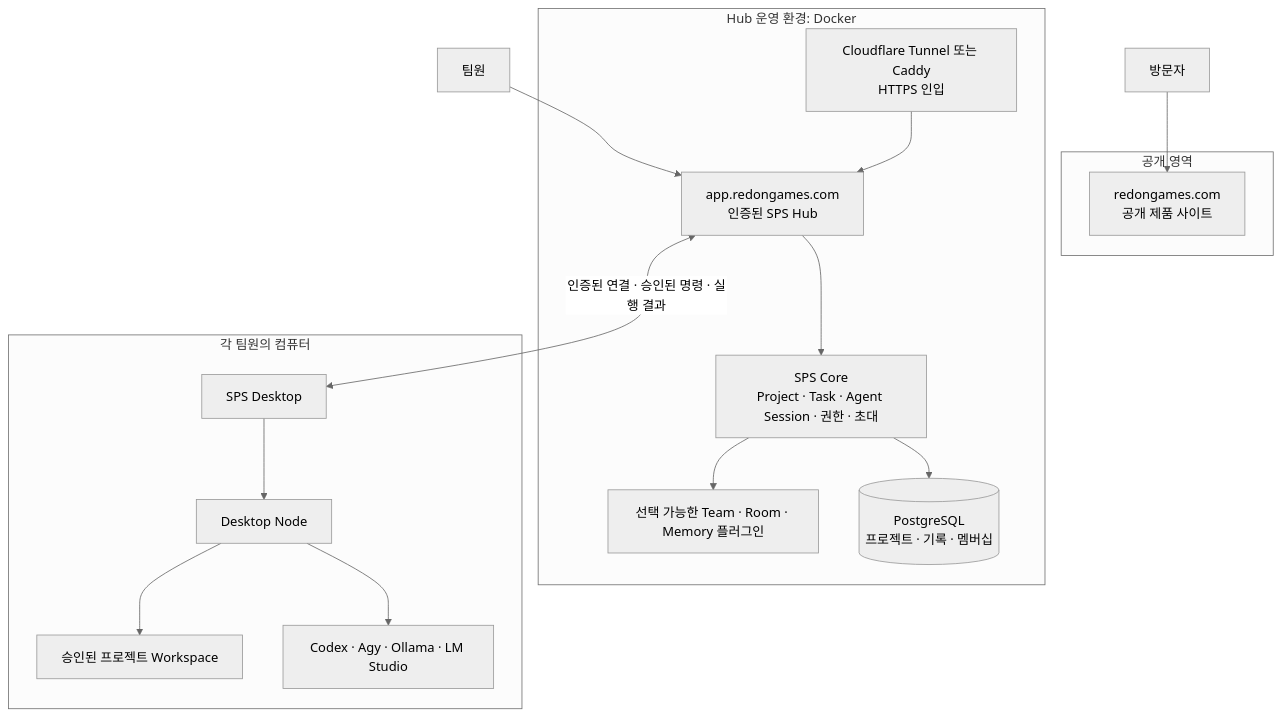
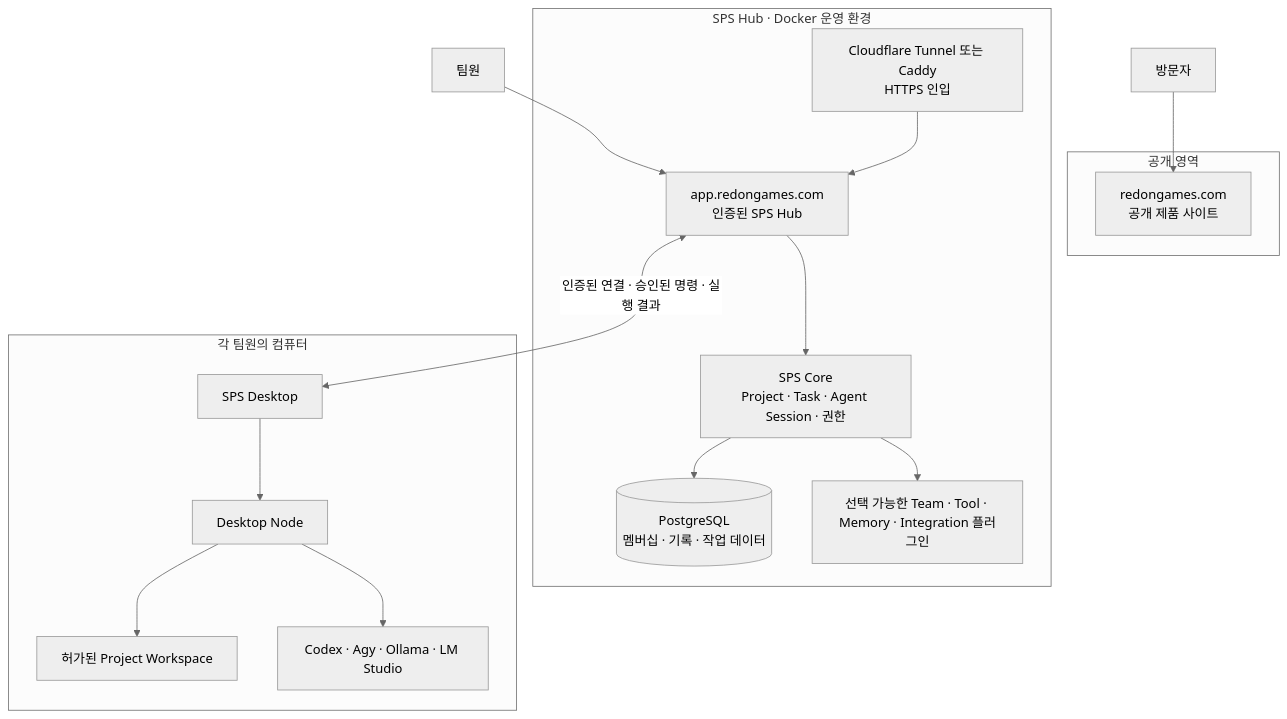
Before and after one commit to Powerpunch777/SPS-Source: the diagram in README.md, drawn with Mermaid (neutral theme). The commit also changed other lines of this file, not shown here.

Commit message:
docs: refresh SPS product README

````diff
--- a/README.md
+++ b/README.md
@@ -67,24 +44,24 @@
 ```mermaid
 flowchart TB
   visitor["방문자"] --> site["redongames.com<br/>공개 제품 사이트"]
   member["팀원"] --> hub["app.redongames.com<br/>인증된 SPS Hub"]
 
   subgraph public["공개 영역"]
     site
   end
 
-  subgraph hubhost["Hub 운영 환경: Docker"]
-    tunnel["Cloudflare Tunnel 또는 Caddy<br/>HTTPS 인입"] --> hub
-    hub --> core["SPS Core<br/>Project · Task · Agent Session · 권한 · 초대"]
-    core --> extensions["선택 가능한 Team · Room · Memory 플러그인"]
-    core --> database[("PostgreSQL<br/>프로젝트 · 기록 · 멤버십")]
+  subgraph hubhost["SPS Hub · Docker 운영 환경"]
+    ingress["Cloudflare Tunnel 또는 Caddy<br/>HTTPS 인입"] --> hub
+    hub --> core["SPS Core<br/>Project · Task · Agent Session · 권한"]
+    core --> db[("PostgreSQL<br/>멤버십 · 기록 · 작업 데이터")]
+    core --> extensions["선택 가능한 Team · Tool · Memory · Integration 플러그인"]
   end
 
-  subgraph computerA["각 팀원의 컴퓨터"]
+  subgraph computer["각 팀원의 컴퓨터"]
     desktop["SPS Desktop"] --> node["Desktop Node"]
-    node --> workspace["승인된 프로젝트 Workspace"]
+    node --> workspace["허가된 Project Workspace"]
     node --> runtimes["Codex · Agy · Ollama · LM Studio"]
   end
 
   hub <-->|"인증된 연결 · 승인된 명령 · 실행 결과"| desktop
 ```
````
